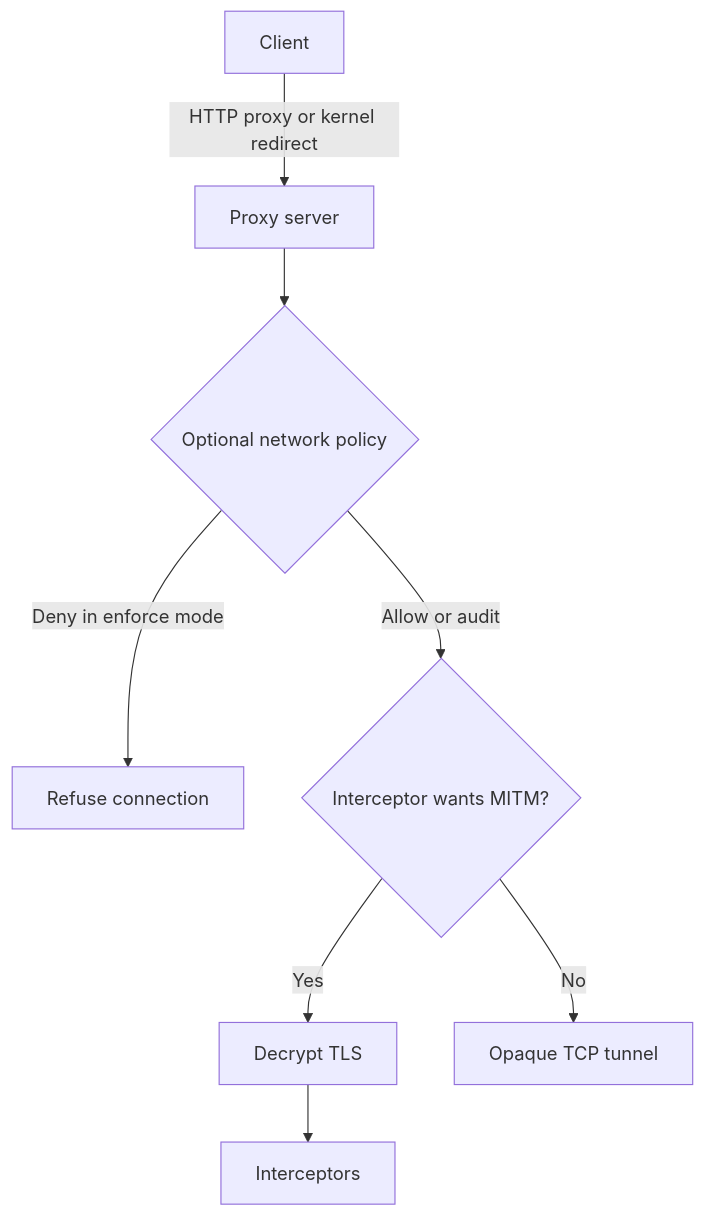
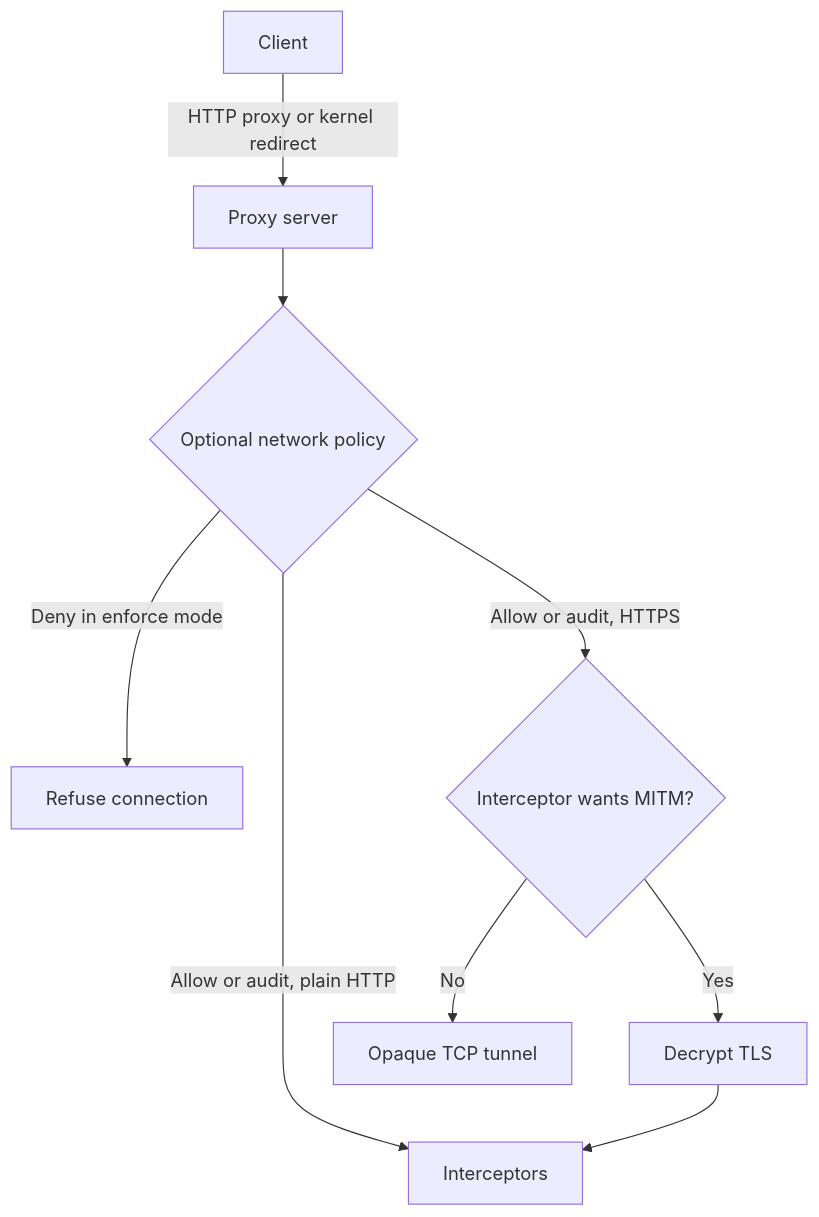
One commit to safedep/pmg changed the diagram in docs/proxy.md. Above: the diagram before and after it, drawn with Mermaid. The commit also changed other lines of this file and 19 other files, not shown here.

````diff
--- a/docs/proxy.md
+++ b/docs/proxy.md
@@ -16,10 +16,11 @@
 ```mermaid
 flowchart TD
     A[Client] -->|HTTP proxy or kernel redirect| B[Proxy server]
     B --> P{Optional network policy}
     P -->|Deny in enforce mode| R[Refuse connection]
-    P -->|Allow or audit| C{Interceptor wants MITM?}
+    P -->|Allow or audit, HTTPS| C{Interceptor wants MITM?}
+    P -->|Allow or audit, plain HTTP| E
     C -->|Yes| D[Decrypt TLS]
     D --> E[Interceptors]
     C -->|No| F[Opaque TCP tunnel]
 ```
````
